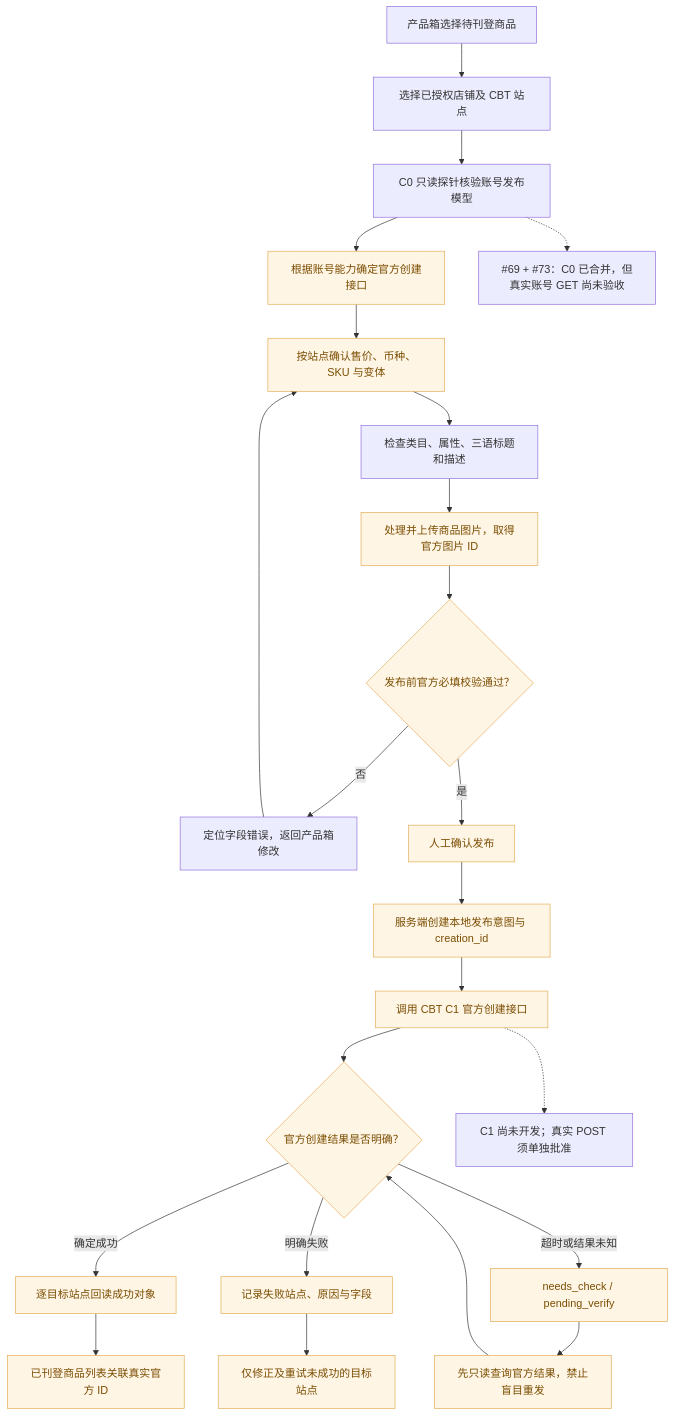
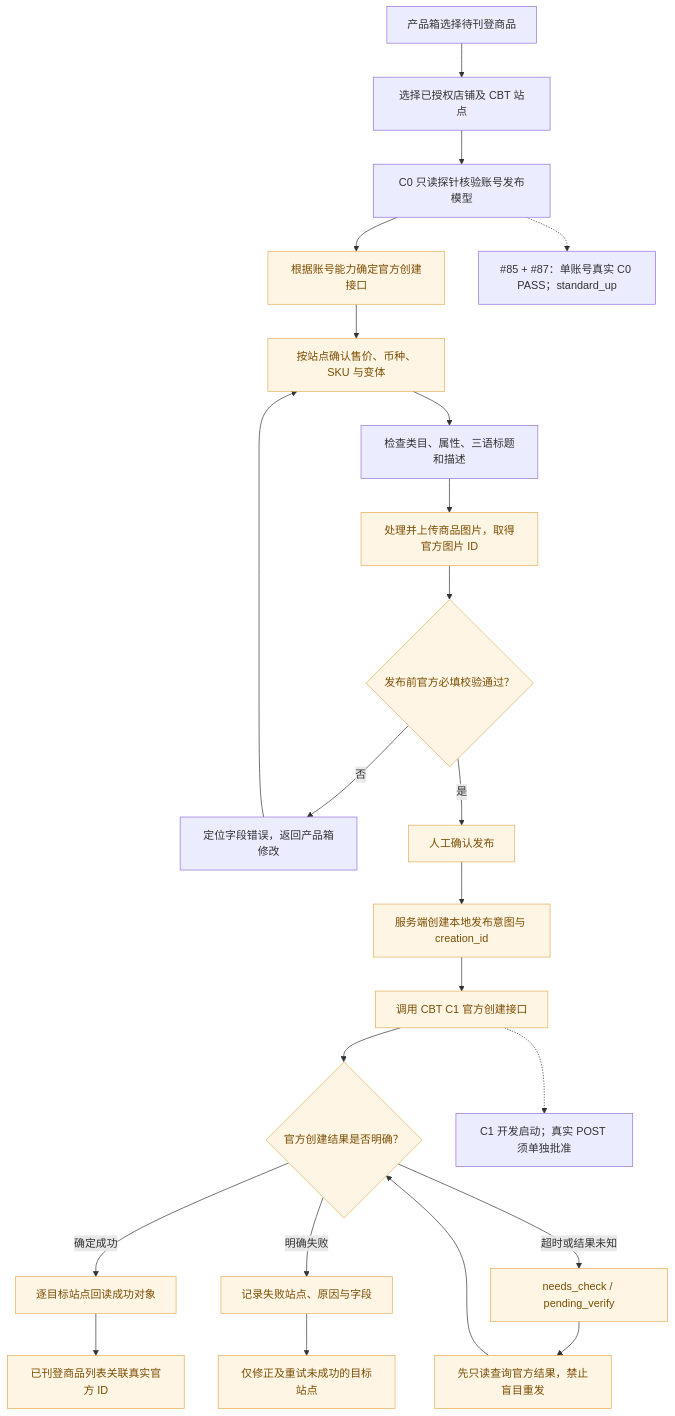
One commit to Fan6512/una-seller changed the fifth of 9 diagrams in docs/product/FEATURE-STATUS.md. Above: the diagram before and after it, drawn with Mermaid. The commit also changed other lines of this file and 2 other files, not shown here.

```diff
--- a/docs/product/FEATURE-STATUS.md
+++ b/docs/product/FEATURE-STATUS.md
@@ -251,29 +252,29 @@
 ~~~mermaid
 flowchart TD
     A["产品箱选择待刊登商品"] --> B["选择已授权店铺及 CBT 站点"]
     B --> C["C0 只读探针核验账号发布模型"]
     C --> D["根据账号能力确定官方创建接口"]
     D --> E["按站点确认售价、币种、SKU 与变体"]
     E --> F["检查类目、属性、三语标题和描述"]
     F --> G["处理并上传商品图片，取得官方图片 ID"]
     G --> H{"发布前官方必填校验通过？"}
     H -->|否| I["定位字段错误，返回产品箱修改"]
     I --> E
     H -->|是| J["人工确认发布"]
     J --> K["服务端创建本地发布意图与 creation_id"]
     K --> L["调用 CBT C1 官方创建接口"]
     L --> M{"官方创建结果是否明确？"}
     M -->|确定成功| N["逐目标站点回读成功对象"]
     M -->|明确失败| O["记录失败站点、原因与字段"]
     M -->|超时或结果未知| P["needs_check / pending_verify"]
     P --> Q["先只读查询官方结果，禁止盲目重发"]
     Q --> M
     N --> R["已刊登商品列表关联真实官方 ID"]
     O --> S["仅修正及重试未成功的目标站点"]
 
-    C -.-> T["#69 + #73：C0 已合并，但真实账号 GET 尚未验收"]
-    L -.-> U["C1 尚未开发；真实 POST 须单独批准"]
+    C -.-> T["#85 + #87：单账号真实 C0 PASS；standard_up"]
+    L -.-> U["C1 开发启动；真实 POST 须单独批准"]
 
     classDef planned fill:#fff5e5,color:#7a4d00,stroke:#e3ae56
     class D,E,G,H,J,K,L,M,N,O,P,Q,R,S planned
 ~~~
```
